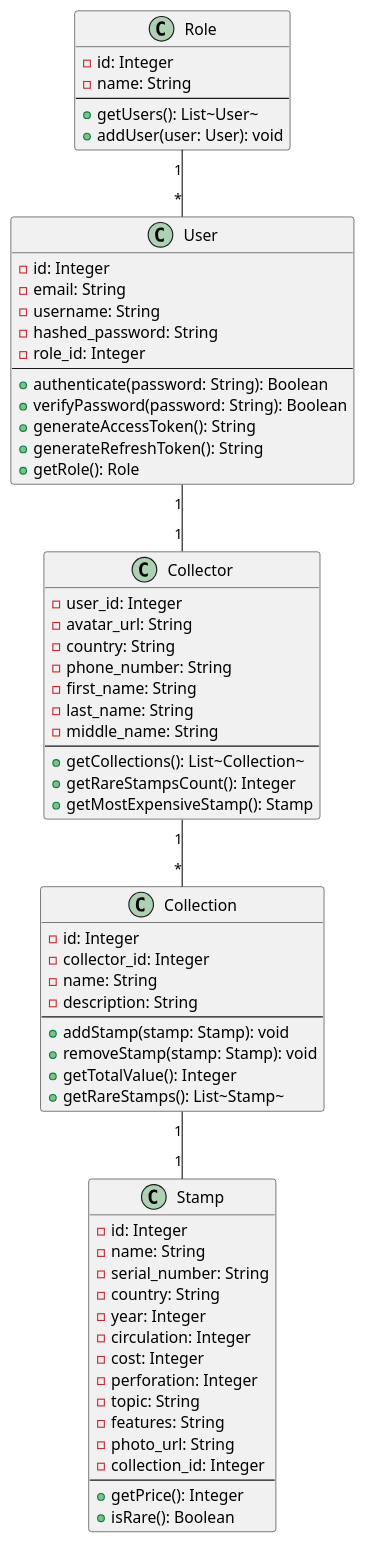
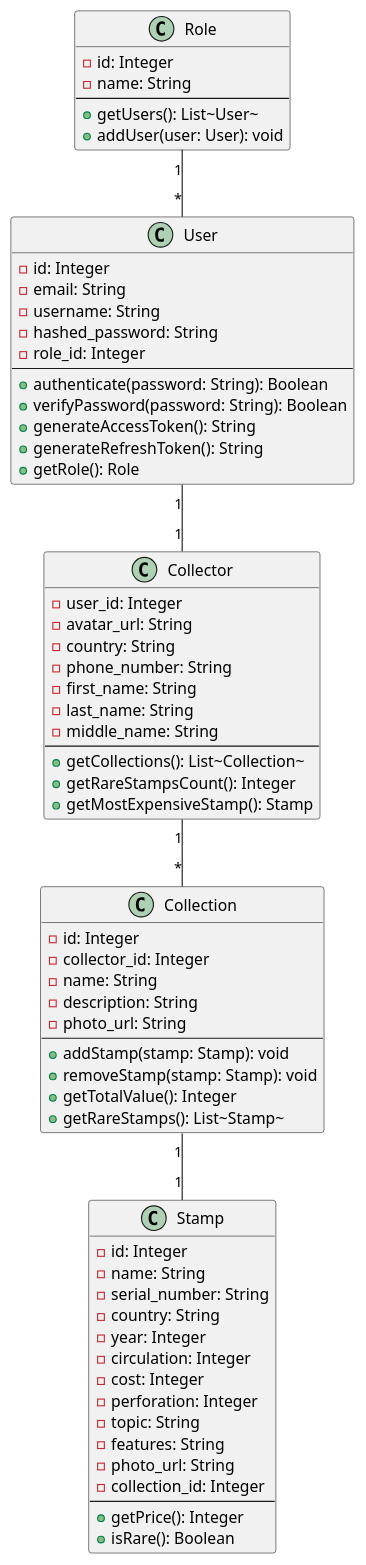
The diagram in diagrams/Диаграмма классов.puml (Eaglet12IQ/spo-project), drawn with PlantUML before and after one commit. The commit also changed 10 other files, not shown here.

```diff
--- a/diagrams/Диаграмма классов.puml
+++ b/diagrams/Диаграмма классов.puml
@@ -1,74 +1,75 @@
 @startuml
 
 class Stamp {
   - id: Integer
   - name: String
   - serial_number: String
   - country: String
   - year: Integer
   - circulation: Integer
   - cost: Integer
   - perforation: Integer
   - topic: String
   - features: String
   - photo_url: String
   - collection_id: Integer
   --
   + getPrice(): Integer
   + isRare(): Boolean
 }
 
 class Collection {
   - id: Integer
   - collector_id: Integer
   - name: String
   - description: String
+  - photo_url: String
   --
   + addStamp(stamp: Stamp): void
   + removeStamp(stamp: Stamp): void
   + getTotalValue(): Integer
   + getRareStamps(): List~Stamp~
 }
 
 class Collector {
   - user_id: Integer
   - avatar_url: String
   - country: String
   - phone_number: String
   - first_name: String
   - last_name: String
   - middle_name: String
   --
   + getCollections(): List~Collection~
   + getRareStampsCount(): Integer
   + getMostExpensiveStamp(): Stamp
 }
 
 class User {
   - id: Integer
   - email: String
   - username: String
   - hashed_password: String
   - role_id: Integer
   --
   + authenticate(password: String): Boolean
   + verifyPassword(password: String): Boolean
   + generateAccessToken(): String
   + generateRefreshToken(): String
   + getRole(): Role
 }
 
 class Role {
   - id: Integer
   - name: String
   --
   + getUsers(): List~User~
   + addUser(user: User): void
 }
 
 User "1" -- "1" Collector
 Role "1" -- "*" User
 Collector "1" -- "*" Collection
 Collection "1" -- "1" Stamp
 
 @enduml
```
